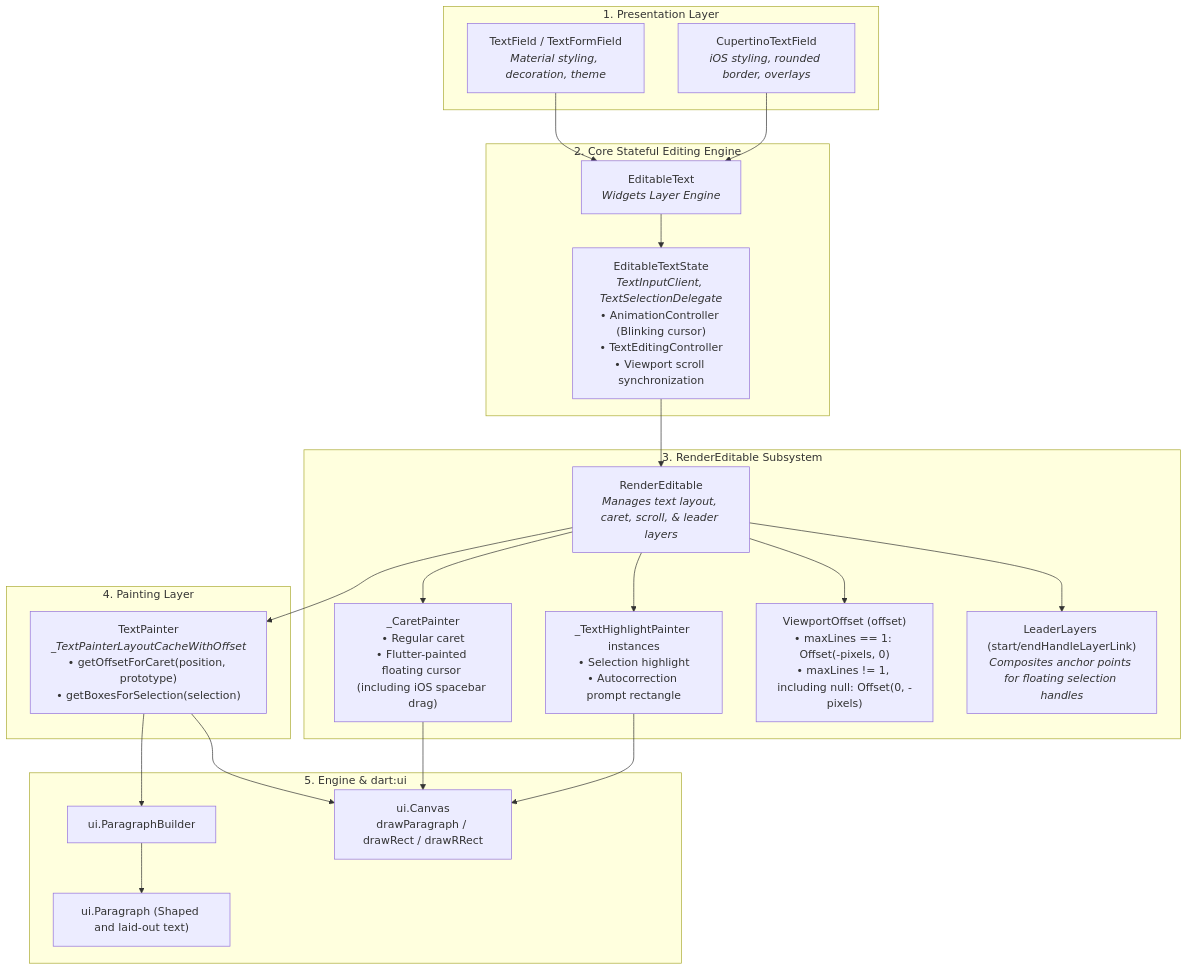
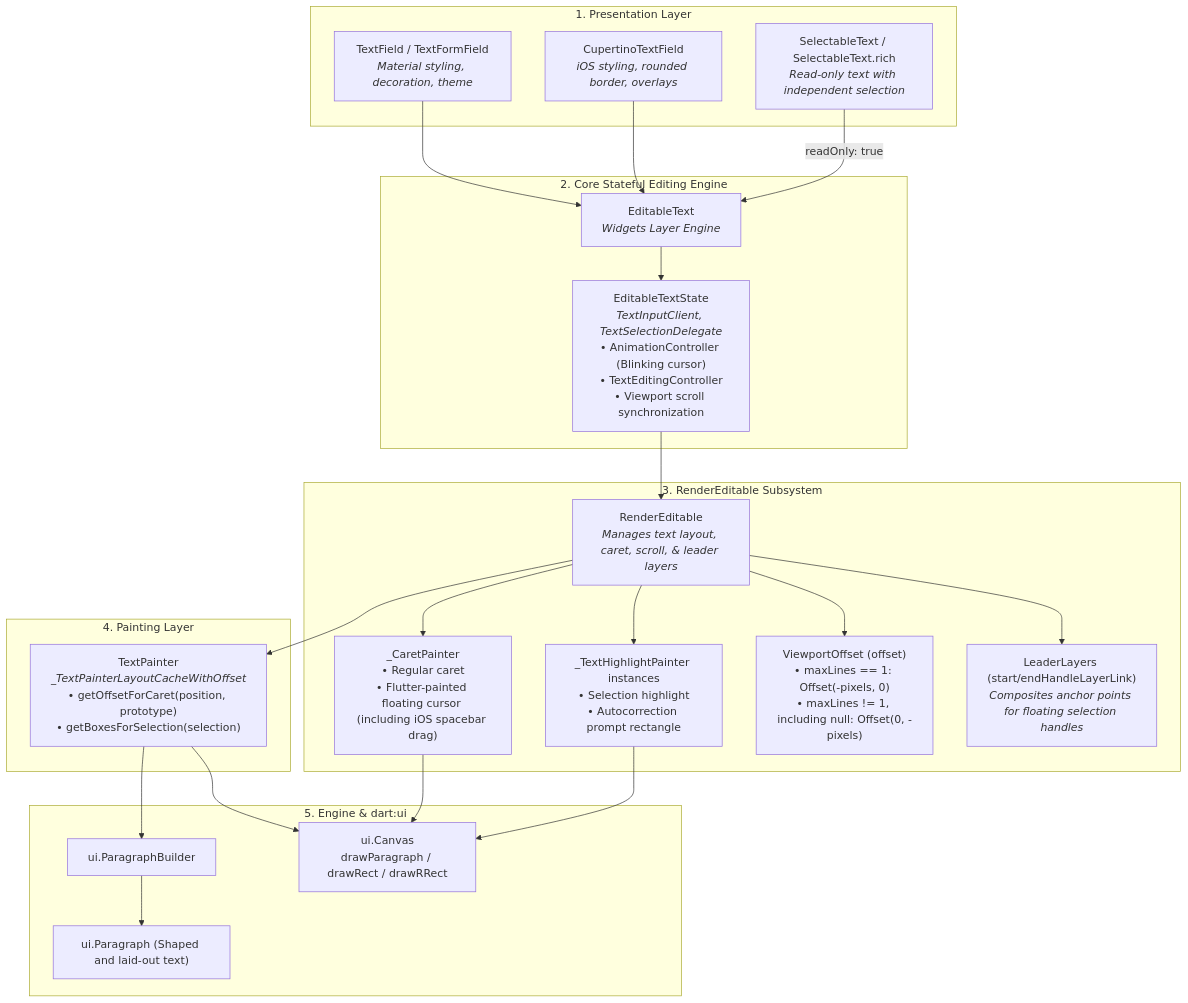
One commit to Renzo-Olivares/flutter changed the second of 3 diagrams in .agents/skills/flutter-text-domain-expert/references/editable_text_pipeline.md. Above: the diagram before and after it, drawn with Mermaid. The commit also changed other lines of this file and 3 other files, not shown here.

````diff
--- a/.agents/skills/flutter-text-domain-expert/references/editable_text_pipeline.md
+++ b/.agents/skills/flutter-text-domain-expert/references/editable_text_pipeline.md
@@ -439,45 +449,47 @@
 ```mermaid
 graph TD
     subgraph Presentation_Widgets ["1. Presentation Layer"]
         M_TF["TextField / TextFormField<br/><i>Material styling, decoration, theme</i>"]
         C_TF["CupertinoTextField<br/><i>iOS styling, rounded border, overlays</i>"]
+        ST["SelectableText / SelectableText.rich<br/><i>Read-only text with independent selection</i>"]
     end
 
     subgraph Core_Widget_State ["2. Core Stateful Editing Engine"]
         ET["EditableText<br/><i>Widgets Layer Engine</i>"]
         ETS["EditableTextState<br/><i>TextInputClient, TextSelectionDelegate</i><br/>• AnimationController (Blinking cursor)<br/>• TextEditingController<br/>• Viewport scroll synchronization"]
     end
 
     subgraph Render_Object ["3. RenderEditable Subsystem"]
         RE["RenderEditable<br/><i>Manages text layout, caret, scroll, & leader layers</i>"]
         CP["_CaretPainter<br/>• Regular caret<br/>• Flutter-painted floating cursor (including iOS spacebar drag)"]
         HP["_TextHighlightPainter instances<br/>• Selection highlight<br/>• Autocorrection prompt rectangle"]
         VO["ViewportOffset (offset)<br/>• maxLines == 1: Offset(-pixels, 0)<br/>• maxLines != 1, including null: Offset(0, -pixels)"]
         LL["LeaderLayers (start/endHandleLayerLink)<br/><i>Composites anchor points for floating selection handles</i>"]
     end
 
     subgraph Painting_Engine ["4. Painting Layer"]
         TP["TextPainter<br/><i>_TextPainterLayoutCacheWithOffset</i><br/>• getOffsetForCaret(position, prototype)<br/>• getBoxesForSelection(selection)"]
     end
 
     subgraph Native_Engine ["5. Engine & dart:ui"]
         PB["ui.ParagraphBuilder"]
         P["ui.Paragraph (Shaped and laid-out text)"]
         Canvas["ui.Canvas<br/>drawParagraph / drawRect / drawRRect"]
     end
 
     M_TF --> ET
     C_TF --> ET
+    ST -->|"readOnly: true"| ET
     ET --> ETS
     ETS --> RE
     RE --> CP
     RE --> HP
     RE --> VO
     RE --> LL
     RE --> TP
     TP --> PB
     PB --> P
     TP --> Canvas
     CP --> Canvas
     HP --> Canvas
 ```
````
